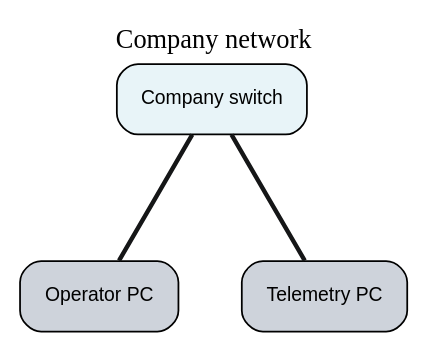
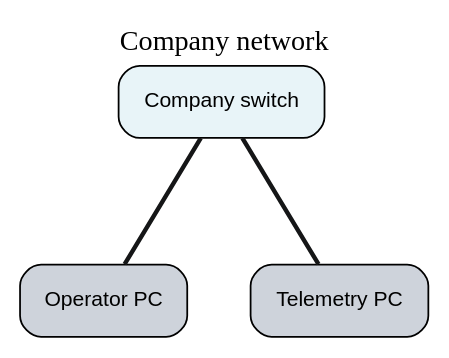
One commit to BenjiPestell/rack-diagram-demo changed the diagram in wiring_company_network.dot. Above: the diagram before and after it, drawn with Graphviz. The commit also changed 3 other files, not shown here.

```diff
--- a/wiring_company_network.dot
+++ b/wiring_company_network.dot
@@ -1,50 +1,50 @@
 graph "Company network" {
 
   graph [
     rankdir=TB,
     nodesep=0.5,
     ranksep=1.0,
     bgcolor="white",
     label="Company network",
     labelloc=t,
-    fontsize=15,
+    fontsize=16,
     fontname="Arial Bold"
   ];
 
   node [
     shape=box,
     style="rounded,filled",
     fillcolor="#E8F4F8",
-    fontsize=11,
+    fontsize=12,
     fontname="Arial",
     margin=0.2
   ];
 
   edge [
     color="#151617",
     style=solid,
     penwidth=2.5
   ];
 
   // Devices
   "Company_switch" [
     label="Company switch"
   ];
   "Operator_PC" [
     label="Operator PC",
     fillcolor="#ced3db"
   ];
   "Telemetry_PC" [
     label="Telemetry PC",
     fillcolor="#ced3db"
   ];
 
   // Connections
   "Company_switch" -- "Telemetry_PC" [
     color="#151617", style=solid, penwidth=2.5
   ];
   "Company_switch" -- "Operator_PC" [
     color="#151617", style=solid, penwidth=2.5
   ];
 
 }
```
